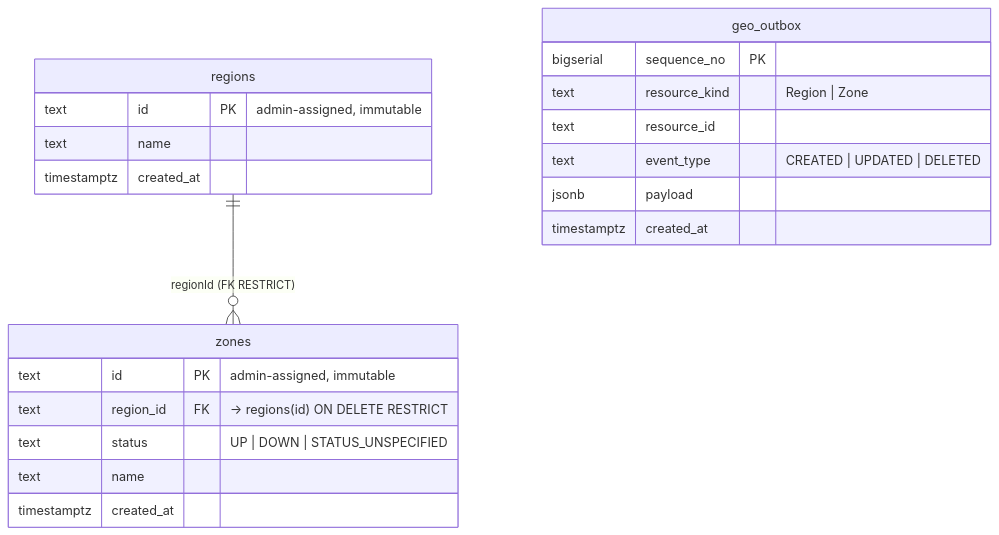
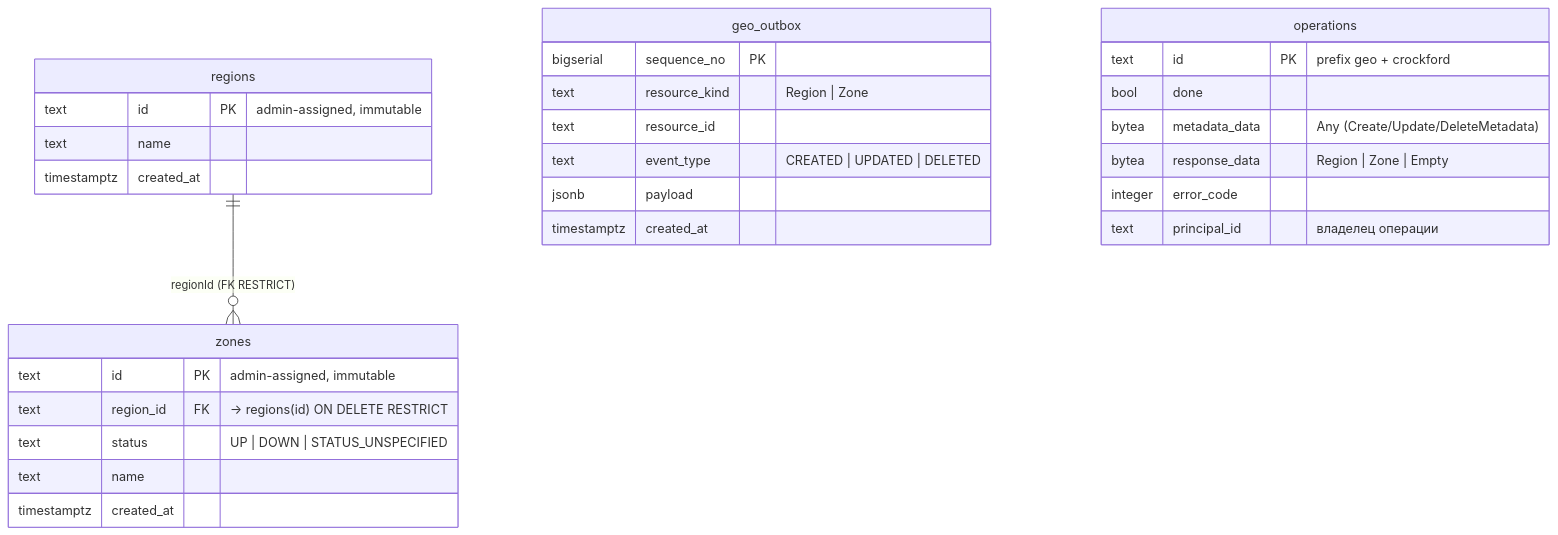
One commit to PRO-Robotech/kacho-geo changed the second of 4 diagrams in docs-site/docs/architecture/overview.mdx. Above: the diagram before and after it, drawn with Mermaid. The commit also changed other lines of this file and 8 other files, not shown here.

````diff
--- a/docs-site/docs/architecture/overview.mdx
+++ b/docs-site/docs/architecture/overview.mdx
@@ -51,24 +53,32 @@
 ```mermaid
 erDiagram
   regions ||--o{ zones : "regionId (FK RESTRICT)"
   regions {
     text id PK "admin-assigned, immutable"
     text name
     timestamptz created_at
   }
   zones {
     text id PK "admin-assigned, immutable"
     text region_id FK "→ regions(id) ON DELETE RESTRICT"
     text status "UP | DOWN | STATUS_UNSPECIFIED"
     text name
     timestamptz created_at
   }
   geo_outbox {
     bigserial sequence_no PK
     text resource_kind "Region | Zone"
     text resource_id
     text event_type "CREATED | UPDATED | DELETED"
     jsonb payload
     timestamptz created_at
   }
+  operations {
+    text id PK "prefix geo + crockford"
+    bool done
+    bytea metadata_data "Any (Create/Update/Delete<R>Metadata)"
+    bytea response_data "Region | Zone | Empty"
+    integer error_code
+    text principal_id "владелец операции"
+  }
 ```
````
